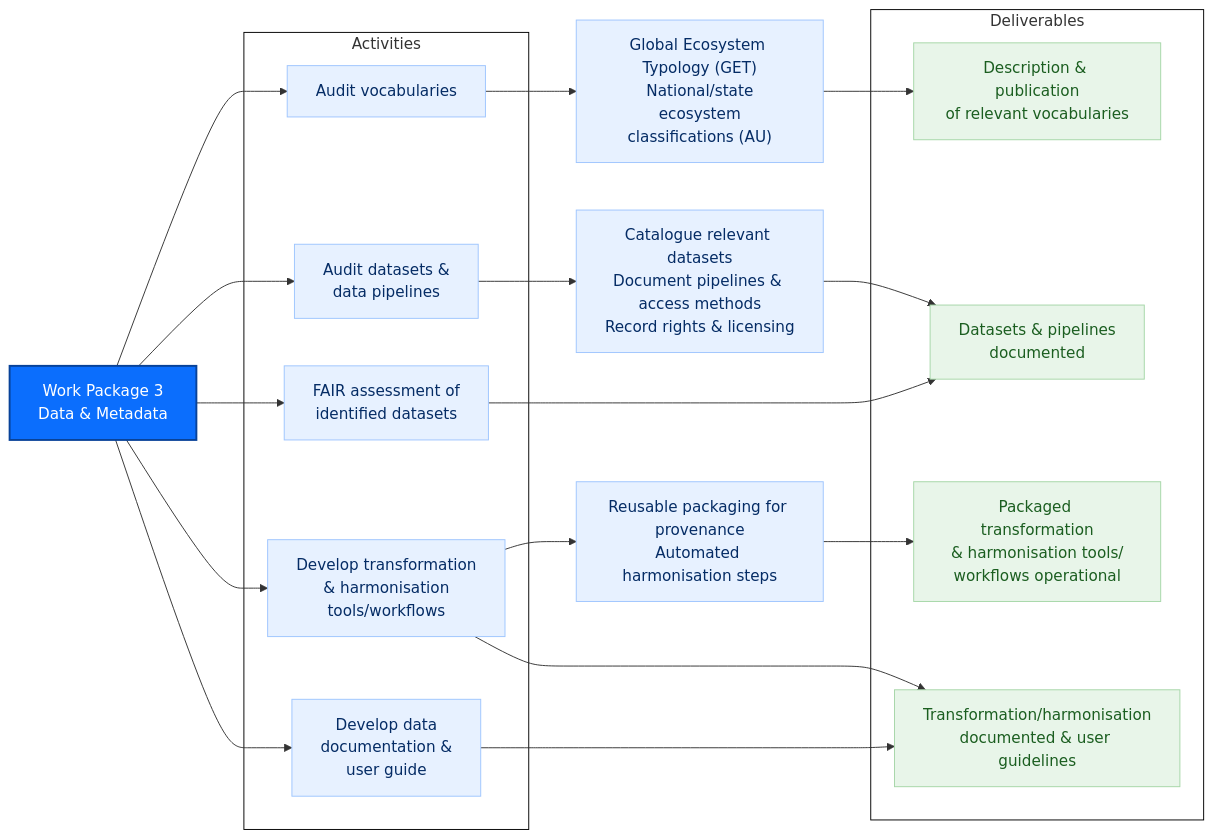
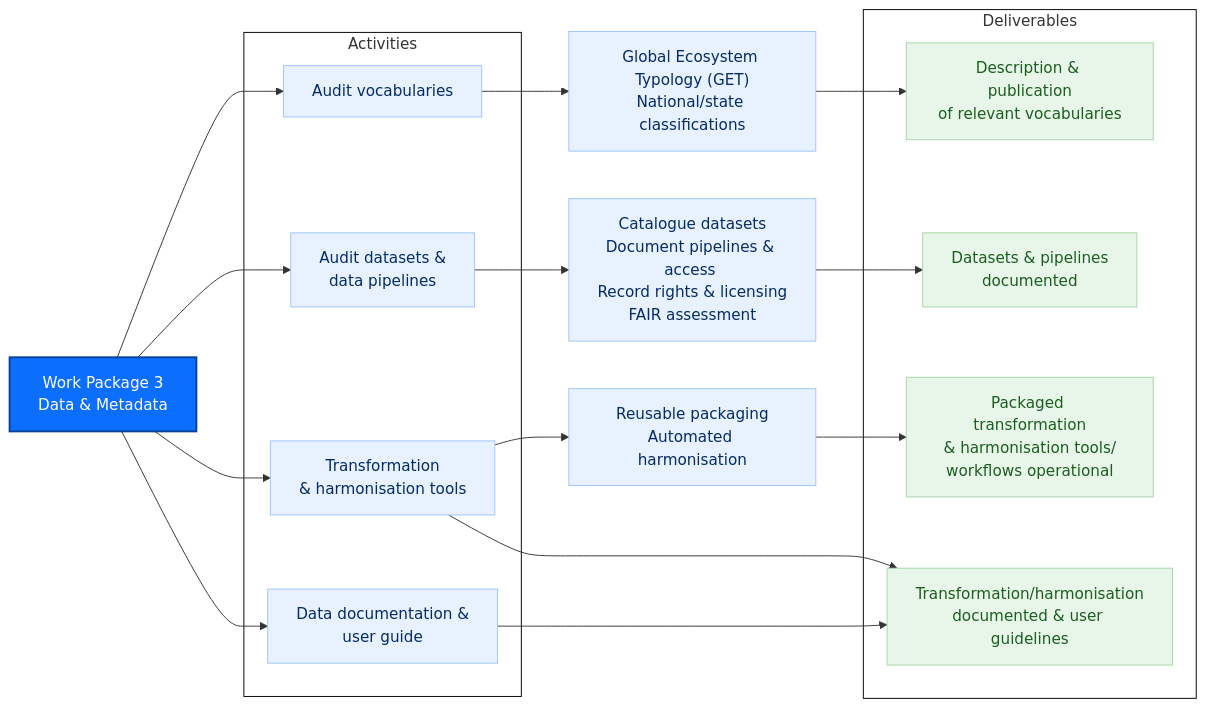
Before and after one commit to Ecosystem-Indicators-Workflows/project-presentations: the diagram in fig/WP3.mmd, drawn with Mermaid. The commit also changed 2 other files, not shown here.

```diff
--- a/fig/WP3.mmd
+++ b/fig/WP3.mmd
@@ -1,48 +1,48 @@
 flowchart LR
     A[Work Package 3<br>Data & Metadata]:::wp
 
     subgraph Activities
         A1[Audit vocabularies]:::act
         A2[Audit datasets &<br>data pipelines]:::act
-        A3[FAIR assessment of<br>identified datasets]:::act
-        A4[Develop transformation<br>& harmonisation<br>tools/workflows]:::act
-        A5[Develop data<br>documentation &<br>user guide]:::act
+        %%A3[FAIR assessment of<br>identified datasets]:::act
+        A4[Transformation<br>& harmonisation tools]:::act
+        A5[Data documentation &<br>user guide]:::act
     end
     
-    SubActivities1["Global Ecosystem Typology (GET)<br>National/state<br> ecosystem classifications (AU)"]:::act
-    SubActivities2["Catalogue relevant datasets<br>Document pipelines & access methods<br>Record rights & licensing"]:::act
+    SubActivities1["Global Ecosystem Typology (GET)<br>National/state classifications"]:::act
+    SubActivities2["Catalogue datasets<br>Document pipelines & access <br>Record rights & licensing<br>FAIR assessment"]:::act
 
-    SubActivities4[Reusable packaging for <br>provenance<br>Automated harmonisation steps]:::act
+    SubActivities4[Reusable packaging<br>Automated harmonisation]:::act
 
     subgraph Deliverables
         D1["Description & publication<br>of relevant vocabularies"]:::del
         D2["Datasets & pipelines<br>documented<br>"]:::del
         D3["Packaged transformation<br>& harmonisation tools/<br>workflows operational"]:::del
         D4["Transformation/harmonisation<br>documented & user guidelines"]:::del
     end
 
     %% Activity structure
     A --> A1 --> SubActivities1
 
     A --> A2 --> SubActivities2
-    A --> A3
+    %% --> A3
     A --> A4 --> SubActivities4
     A --> A5
 
     %% Activities to Deliverables mapping
     SubActivities1 --> D1
     SubActivities2 --> D2
     SubActivities4 --> D3
 
-    A3 --> D2
+    %%A3 --> D2
 
     A5 --> D4
     A4 --> D4
 
     %% Styles
     Activities:::Empty
     Deliverables:::Empty
     classDef Empty fill:none,stroke:black;
     classDef wp fill:#0b6efd,color:#fff,stroke:#084298,stroke-width:2px;
     classDef act fill:#e7f1ff,color:#052c65,stroke:#9ec5fe,stroke-width:1px;
     classDef del fill:#e8f5e9,color:#1b5e20,stroke:#a5d6a7,stroke-width:1px;
```
